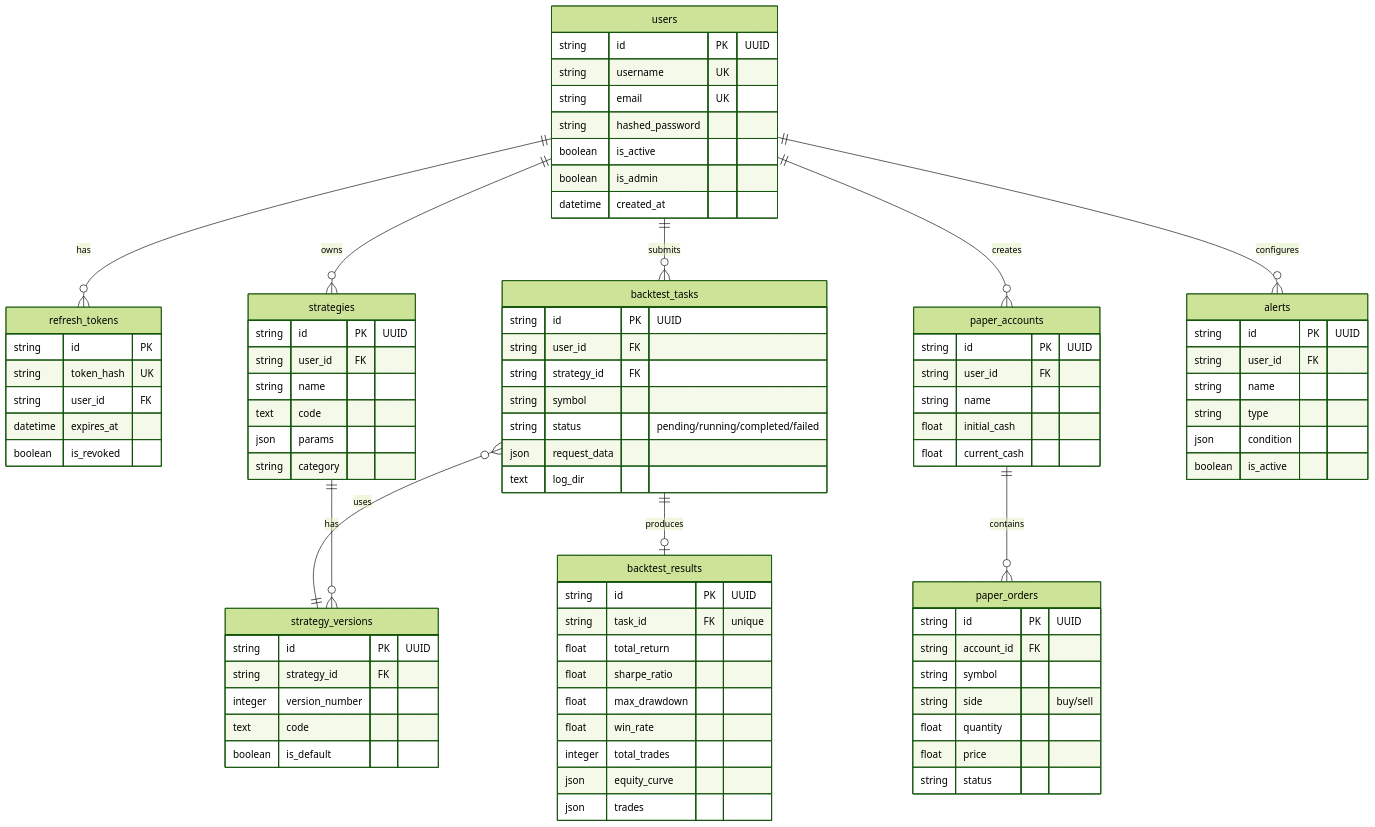
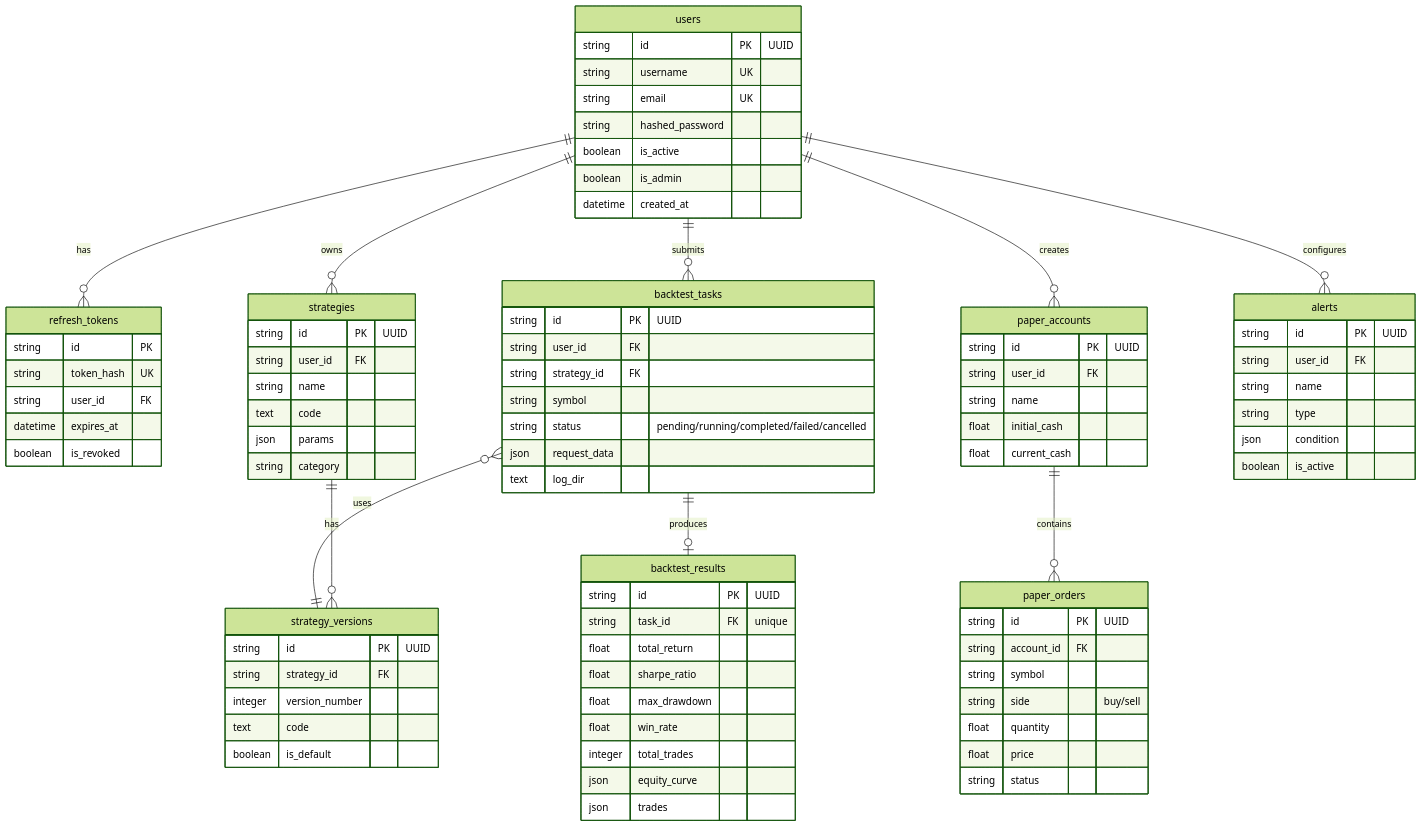
One commit to cloudQuant/backtrader_web changed the diagram in docs/DATABASE.md. Above: the diagram before and after it, drawn with Mermaid (forest theme). The commit also changed other lines of this file and 295 other files, not shown here.

```diff
--- a/docs/DATABASE.md
+++ b/docs/DATABASE.md
@@ -184,7 +184,7 @@
         string user_id FK
         string strategy_id FK
         string symbol
-        string status "pending/running/completed/failed"
+        string status "pending/running/completed/failed/cancelled"
         json request_data
         text log_dir
     }
```
